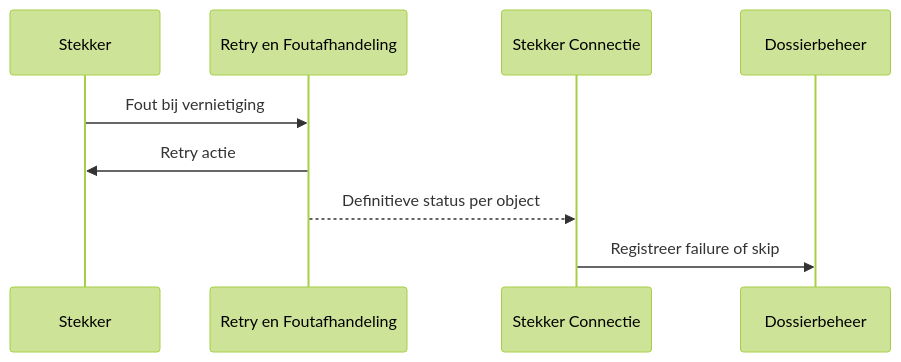
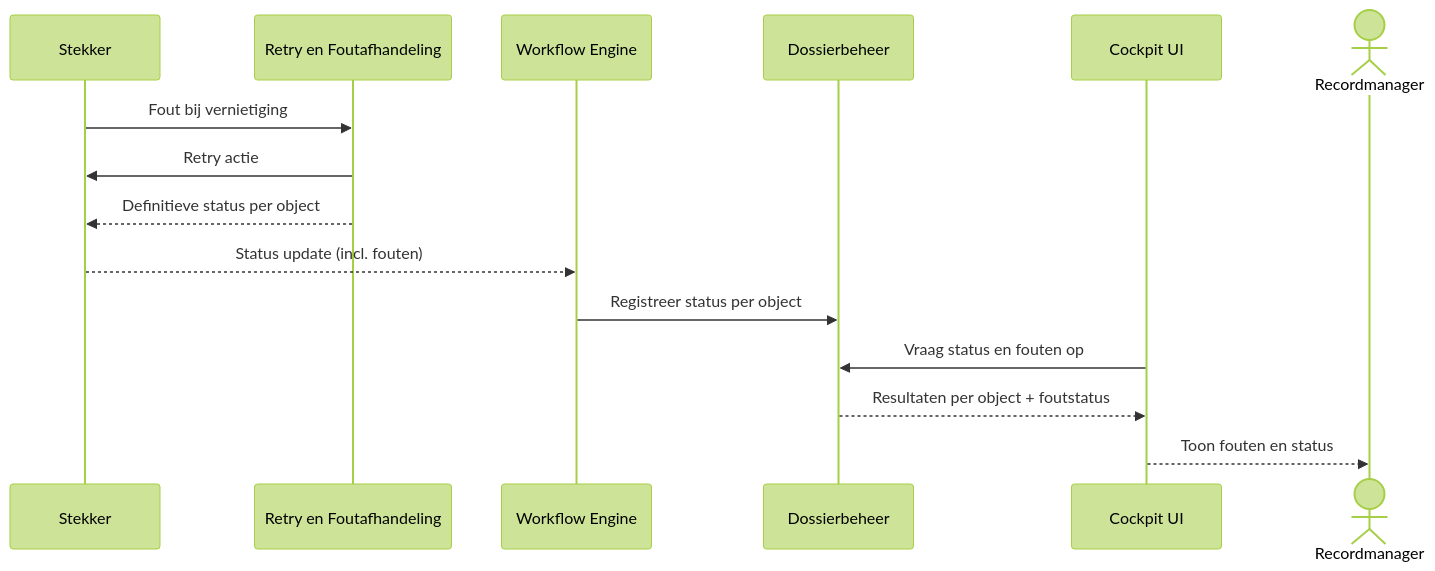
One commit to GemeenteArnhem/Vernietigingscockpit changed the seventh of 11 diagrams in architectuur/sequence-diagrammen.md. Above: the diagram before and after it, drawn with Mermaid (forest theme). The commit also changed other lines of this file and 10 other files, not shown here.

````diff
--- a/architectuur/sequence-diagrammen.md
+++ b/architectuur/sequence-diagrammen.md
@@ -130,12 +185,20 @@
 ```mermaid
 sequenceDiagram
     participant Stekker
     participant Retry as Retry en Foutafhandeling
-    participant Conn as Stekker Connectie
+    participant WF as Workflow Engine
     participant D as Dossierbeheer
+    participant UI as Cockpit UI
+    actor RM as Recordmanager
 
     Stekker ->> Retry: Fout bij vernietiging
     Retry ->> Stekker: Retry actie
-    Retry -->> Conn: Definitieve status per object
-    Conn ->> D: Registreer failure of skip
+    Retry -->> Stekker: Definitieve status per object
+
+    Stekker -->> WF: Status update (incl. fouten)
+    WF ->> D: Registreer status per object
+
+    UI ->> D: Vraag status en fouten op
+    D -->> UI: Resultaten per object + foutstatus
+    UI -->> RM: Toon fouten en status
 ```
````
